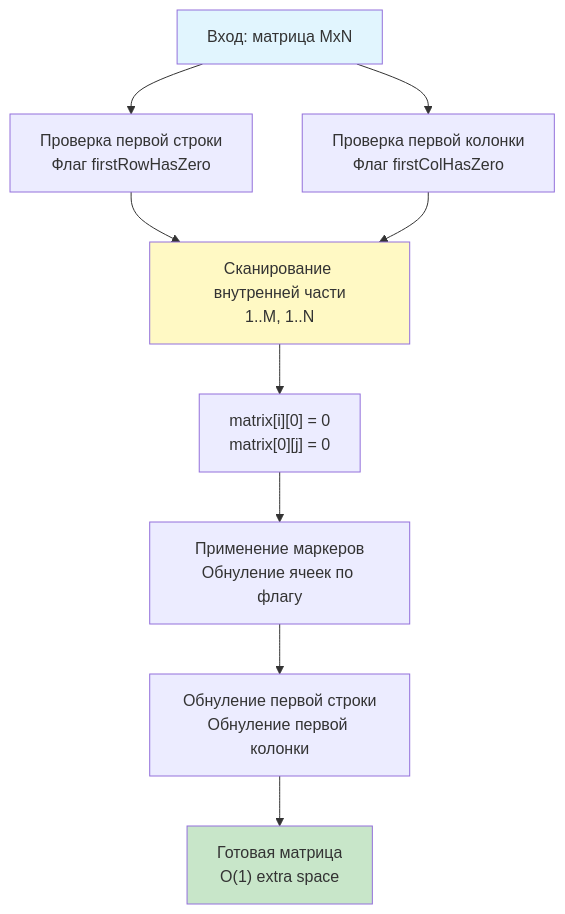
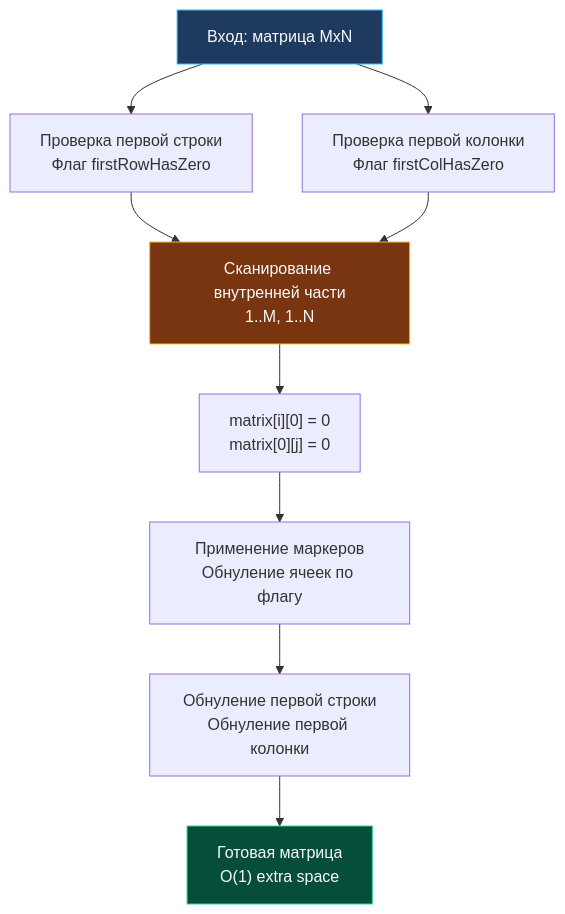
One commit to UnrealTemplier/go-textbook changed the diagram in sources/21. Задачи с LeetCode и собеседований на Go/02. Задачи/24. Матрицы и grid задачи/3. Set Matrix Zeroes.md. Above: the diagram before and after it, drawn with Mermaid. The commit also changed 310 other files, not shown here.

First line of the commit message:
fix(mermaid): replace light fill colors with dark palette for readability on dark theme

````diff
--- a/sources/21. Задачи с LeetCode и собеседований на Go/02. Задачи/24. Матрицы и grid задачи/3. Set Matrix Zeroes.md
+++ b/sources/21. Задачи с LeetCode и собеседований на Go/02. Задачи/24. Матрицы и grid задачи/3. Set Matrix Zeroes.md
@@ -113,15 +113,15 @@
 ```mermaid
 flowchart TD
     Start["Вход: матрица MxN"] --> Check1["Проверка первой строки<br>Флаг firstRowHasZero"]
     Start --> Check2["Проверка первой колонки<br>Флаг firstColHasZero"]
     Check1 --> MarkLoop["Сканирование внутренней части<br>1..M, 1..N"]
     Check2 --> MarkLoop
     MarkLoop --> SetMarkers["matrix[i][0] = 0<br>matrix[0][j] = 0"]
     SetMarkers --> ApplyLoop["Применение маркеров<br>Обнуление ячеек по флагу"]
     ApplyLoop --> Finalize["Обнуление первой строки<br>Обнуление первой колонки"]
     Finalize --> End["Готовая матрица<br>O(1) extra space"]
     
-    style Start fill:#e1f5fe
-    style End fill:#c8e6c9
-    style MarkLoop fill:#fff9c4
+    style Start fill:#1e3a5f,stroke:#38bdf8,color:#f8fafc
+    style End fill:#064e3b,stroke:#34d399,color:#f8fafc
+    style MarkLoop fill:#78350f,stroke:#fbbf24,color:#f8fafc
 ```
````
